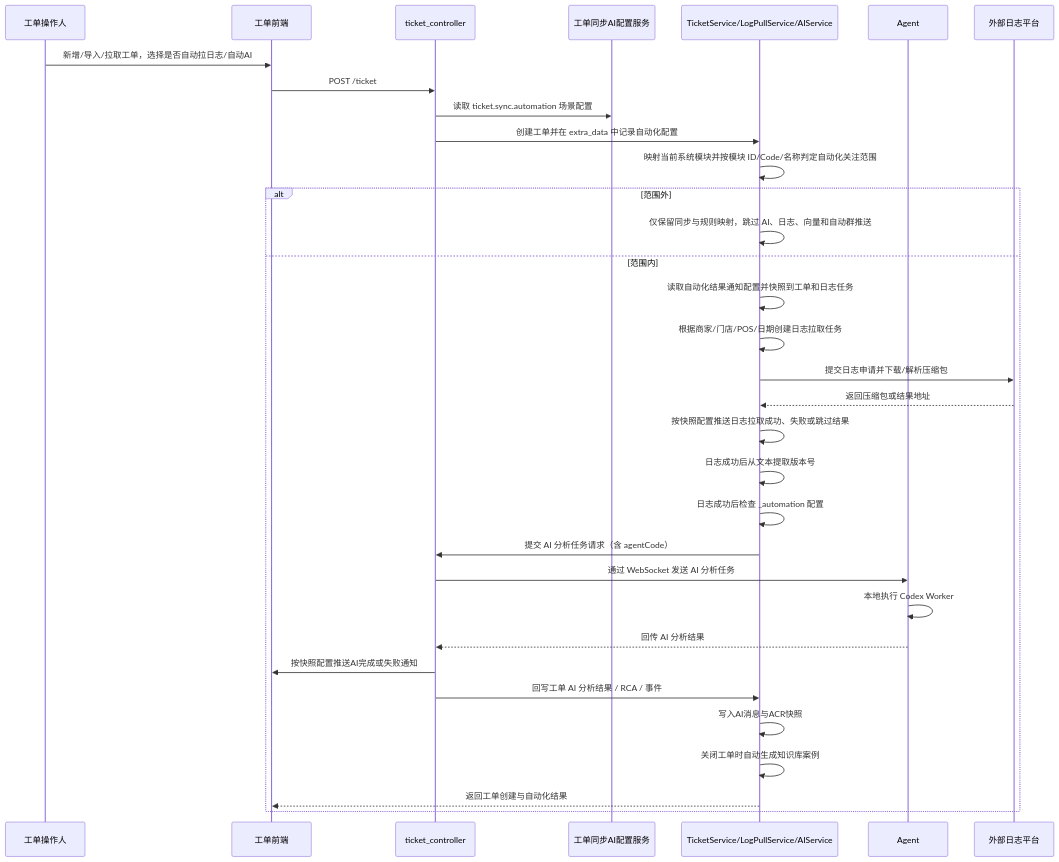
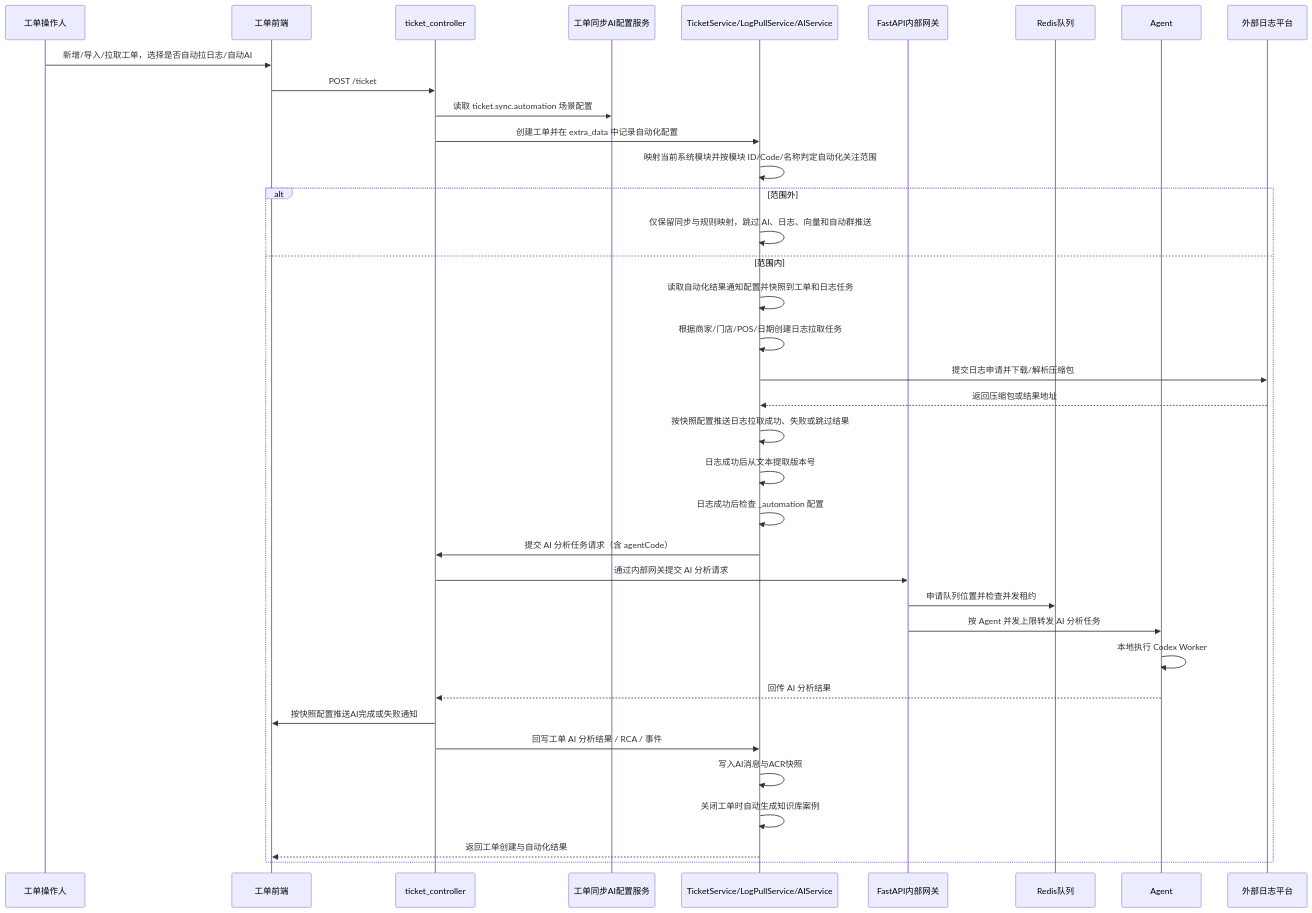
The diagram in wiki/flows/ticket-automation-flow.md (diaodeng/ApiTestPlatform), drawn with Mermaid before and after one commit. The commit also changed other lines of this file and 18 other files, not shown here.

````diff
--- a/wiki/flows/ticket-automation-flow.md
+++ b/wiki/flows/ticket-automation-flow.md
@@ -26,36 +26,40 @@
 ```mermaid
 sequenceDiagram
   participant U as 工单操作人
   participant W as 工单前端
   participant C as ticket_controller
   participant CFG as 工单同步AI配置服务
   participant S as TicketService/LogPullService/AIService
+  participant GW as FastAPI内部网关
+  participant R as Redis队列
   participant A as Agent
   participant X as 外部日志平台
 
   U->>W: 新增/导入/拉取工单，选择是否自动拉日志/自动AI
   W->>C: POST /ticket
   C->>CFG: 读取 ticket.sync.automation 场景配置
   C->>S: 创建工单并在 extra_data 中记录自动化配置
   S->>S: 映射当前系统模块并按模块 ID/Code/名称判定自动化关注范围
   alt 范围外
     S->>S: 仅保留同步与规则映射，跳过 AI、日志、向量和自动群推送
   else 范围内
   S->>S: 读取自动化结果通知配置并快照到工单和日志任务
   S->>S: 根据商家/门店/POS/日期创建日志拉取任务
   S->>X: 提交日志申请并下载/解析压缩包
   X-->>S: 返回压缩包或结果地址
   S->>S: 按快照配置推送日志拉取成功、失败或跳过结果
   S->>S: 日志成功后从文本提取版本号
   S->>S: 日志成功后检查 _automation 配置
   S->>C: 提交 AI 分析任务请求（含 agentCode）
-  C->>A: 通过 WebSocket 发送 AI 分析任务
+  C->>GW: 通过内部网关提交 AI 分析请求
+  GW->>R: 申请队列位置并检查并发租约
+  GW->>A: 按 Agent 并发上限转发 AI 分析任务
   A->>A: 本地执行 Codex Worker
   A-->>C: 回传 AI 分析结果
   C->>W: 按快照配置推送AI完成或失败通知
   C->>S: 回写工单 AI 分析结果 / RCA / 事件
   S->>S: 写入AI消息与ACR快照
   S->>S: 关闭工单时自动生成知识库案例
   S-->>W: 返回工单创建与自动化结果
   end
 ```
````
